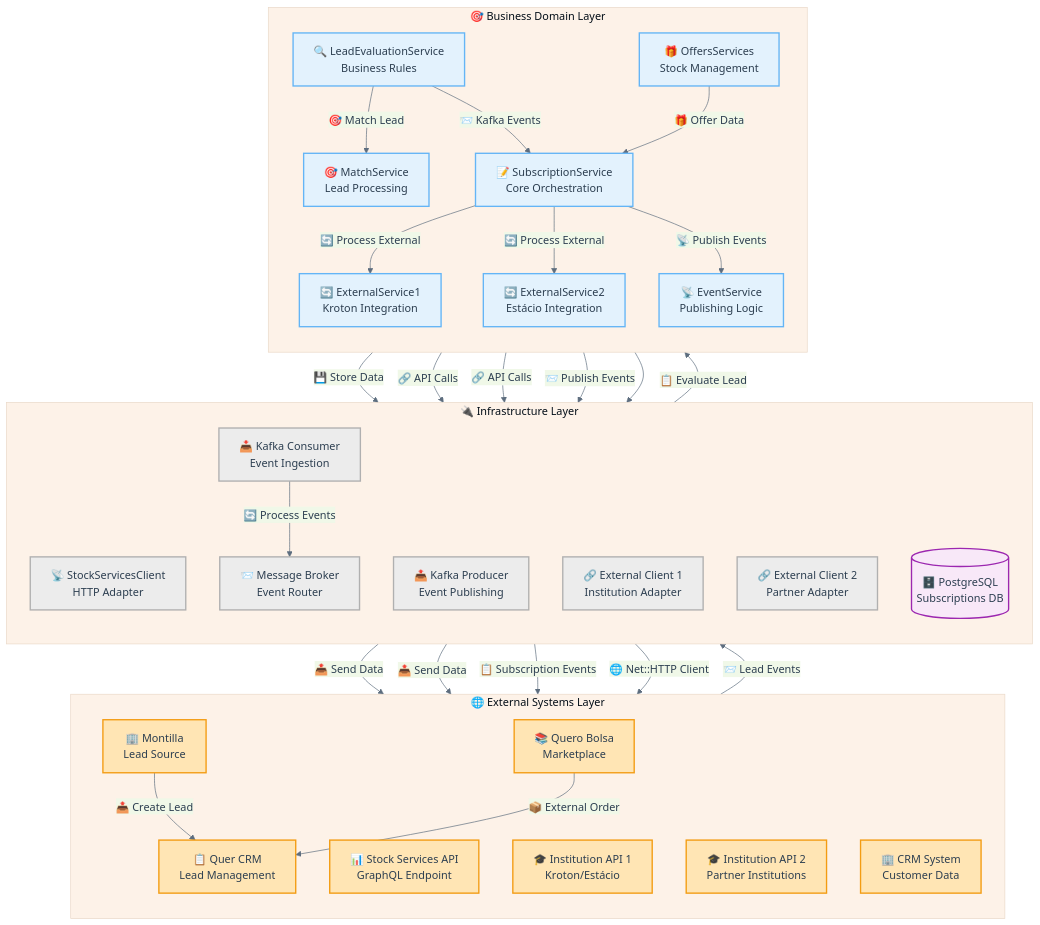
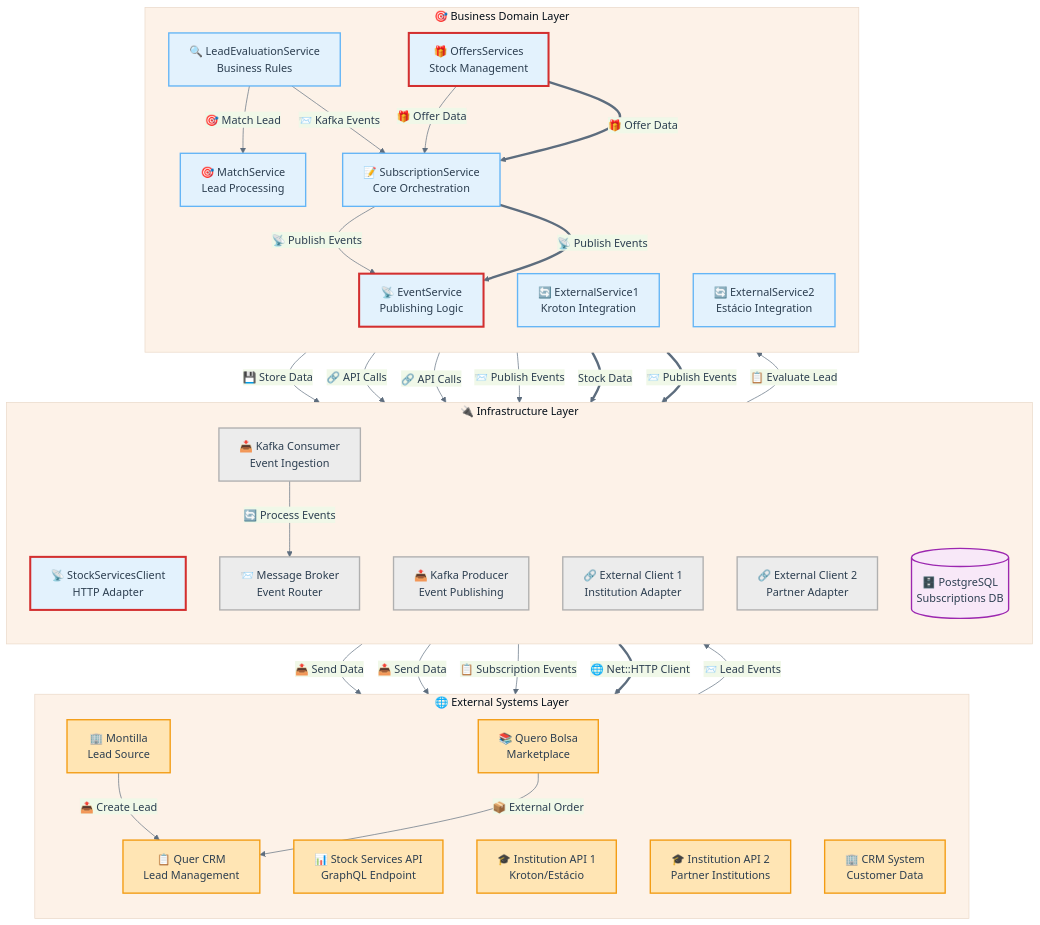
One commit to enogrob/project-qeevo-anubis changed the third of 6 diagrams in inputs/started-requirements.md. Above: the diagram before and after it, drawn with Mermaid. The commit also changed other lines of this file, not shown here.

Commit message:
update-contents

````diff
--- a/inputs/started-requirements.md
+++ b/inputs/started-requirements.md
@@ -283,8 +274,6 @@
     OffersServices -->|"🎁 Offer Data"| SubscriptionService
 
     %% Subscription orchestration
-    SubscriptionService -->|"🔄 Process External"| ExternalService1
-    SubscriptionService -->|"🔄 Process External"| ExternalService2
     SubscriptionService -->|"📡 Publish Events"| EventService
     SubscriptionService -->|"💾 Store Data"| Database
 
@@ -299,17 +288,28 @@
     KafkaProducer -->|"📋 Subscription Events"| CRM
 
     %% Stock data flow
-    StockServicesClient --> |"🌐 Net::HTTP Client"| StockAPI
-    OffersServices --> StockServicesClient 
+    StockServicesClient ==> |"🌐 Net::HTTP Client"| StockAPI
+    OffersServices ==> |"Stock Data"| StockServicesClient
+
+    %% Business processing flow
+    OffersServices ==> |"🎁 Offer Data"| SubscriptionService
+
+    %% Subscription orchestration
+    SubscriptionService ==> |"📡 Publish Events"| EventService
+
+    %% Event publishing
+    EventService ==> |"📨 Publish Events"| KafkaProducer
 
     %% Styling for visual clarity
     classDef externalSystem fill:#FFE5B4,stroke:#F39C12,stroke-width:2px,color:#2C3E50
     classDef infrastructure fill:#ECECEC,stroke:#B0B0B0,stroke-width:2px,color:#2C3E50
     classDef domainService fill:#E3F2FD,stroke:#64B5F6,stroke-width:2px,color:#2C3E50
     classDef database fill:#F8E8F8,stroke:#9C27B0,stroke-width:2px,color:#2C3E50
+    classDef highlightRedBorder fill:#E3F2FD,stroke:#d32f2f,stroke-width:3px,color:#2C3E50
 
     class Montilla,QueroBolsa,StockAPI,ExternalAPI1,ExternalAPI2,CRM,QuerCRM externalSystem
     class StockServicesClient,KafkaConsumer,KafkaProducer,MessageBroker,ExternalClient1,ExternalClient2 infrastructure
     class OffersServices,SubscriptionService,LeadEvaluationService,MatchService,ExternalService1,ExternalService2,EventService domainService
     class Database database
+    class StockServicesClient,EventService,OffersServices highlightRedBorder
 ```
````
